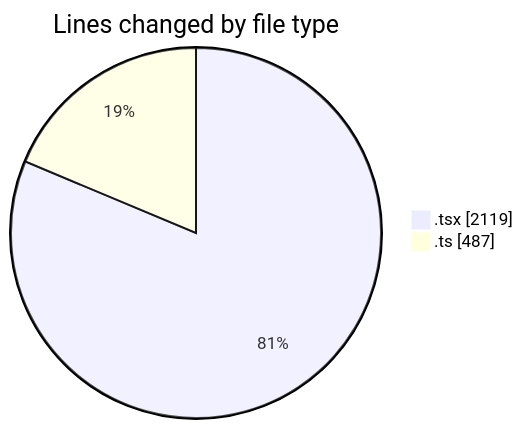
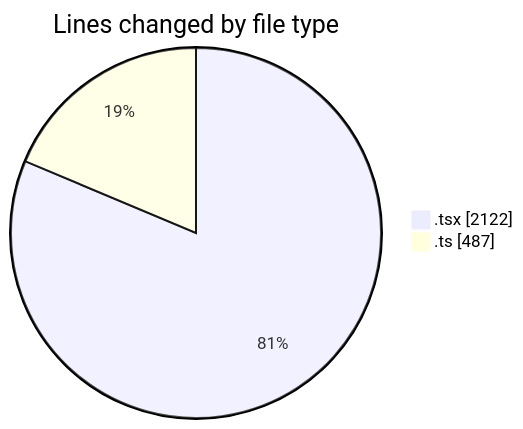
One commit to nxtqubesakshisongat/code-tracking changed the first of 2 diagrams in 2026-03-31/nxtqube_webapp/README.md. Above: the diagram before and after it, drawn with Mermaid. The commit also changed other lines of this file and 1 other file, not shown here.

````diff
--- a/2026-03-31/nxtqube_webapp/README.md
+++ b/2026-03-31/nxtqube_webapp/README.md
@@ -23,6 +23,6 @@
 ```mermaid
 pie showData
 title Lines changed by file type
-".tsx" : 2119
+".tsx" : 2122
 ".ts" : 487
 ```
````
